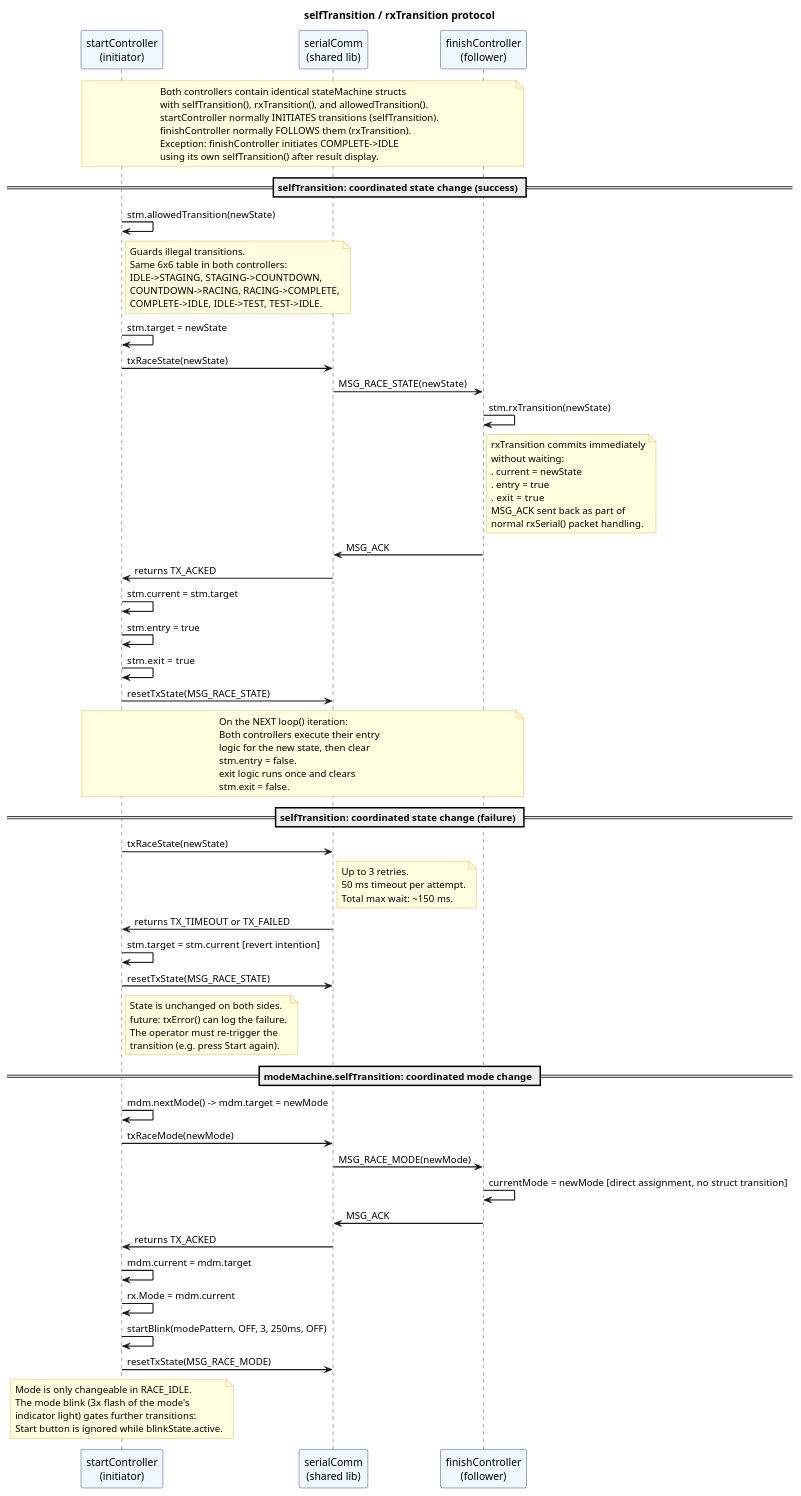
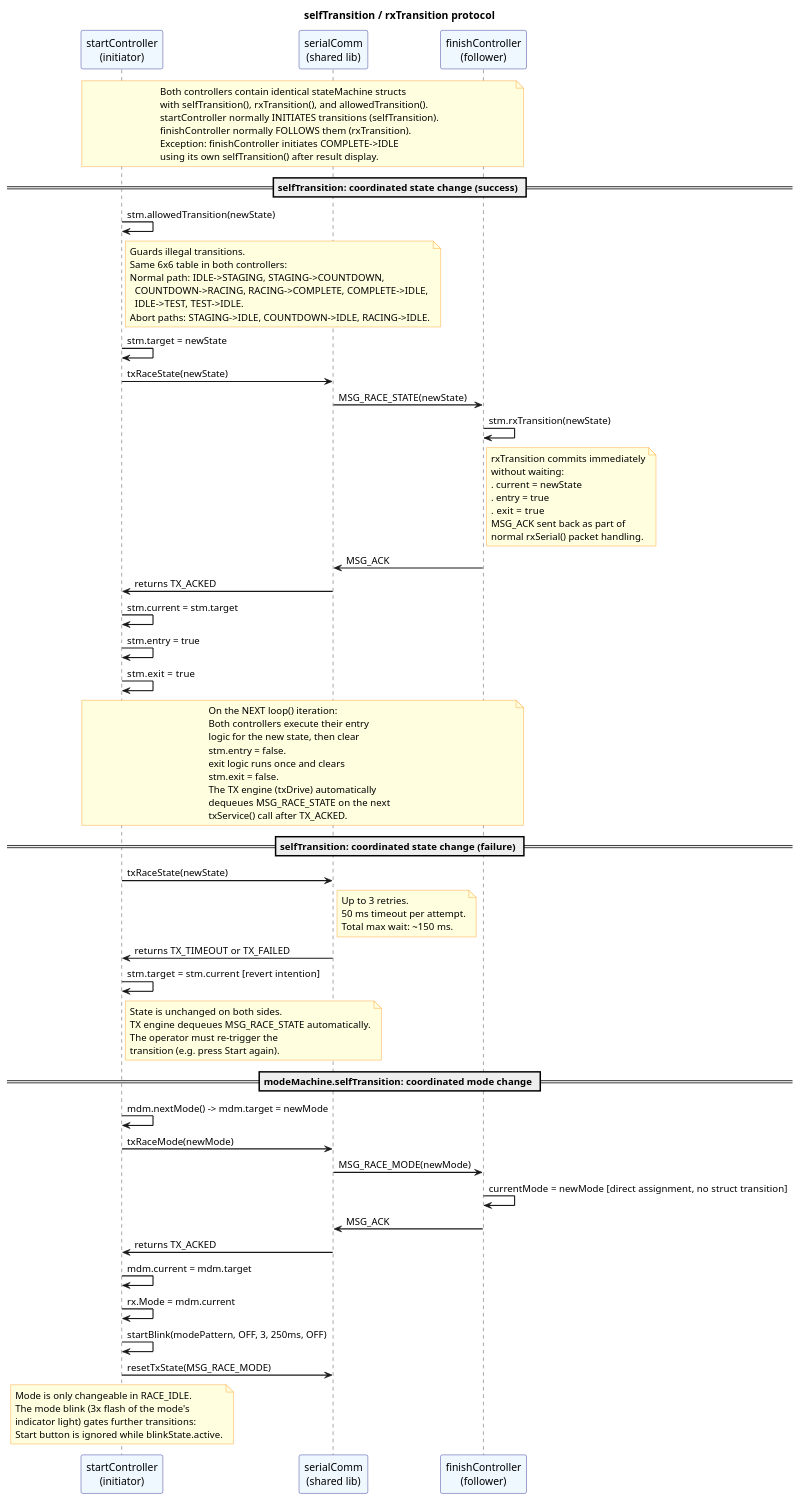
Before and after one commit to dgschaaf/DerbyTimer: the diagram in docs/PlantUML/seq_stateMachine.puml, drawn with PlantUML. The commit also changed 3 other files, not shown here.

Commit message:
update uml diagrams and documentation

```diff
--- a/docs/PlantUML/seq_stateMachine.puml
+++ b/docs/PlantUML/seq_stateMachine.puml
@@ -1,123 +1,125 @@
 @startuml seq_stateMachine
 skinparam sequenceArrowThickness 1.5
 skinparam sequenceParticipantBorderColor Navy
 skinparam sequenceParticipantBackgroundColor AliceBlue
 skinparam noteBackgroundColor LightYellow
 skinparam noteBorderColor DarkOrange
 skinparam sequenceGroupBorderThickness 1.5
 
 title Sequence: State Machine Coordination [DerbyTrack]
 title selfTransition / rxTransition protocol
 
 ' ============================================================
 ' PARTICIPANTS
 ' ============================================================
 participant "startController\n(initiator)" as SC
 participant "serialComm\n(shared lib)" as COM
 participant "finishController\n(follower)" as FC
 
 note over SC, FC
   Both controllers contain identical stateMachine structs
   with selfTransition(), rxTransition(), and allowedTransition().
   startController normally INITIATES transitions (selfTransition).
   finishController normally FOLLOWS them (rxTransition).
   Exception: finishController initiates COMPLETE->IDLE
   using its own selfTransition() after result display.
 end note
 
 ' ============================================================
 ' HAPPY PATH: selfTransition succeeds (TX_ACKED)
 ' ============================================================
 == selfTransition: coordinated state change (success) ==
 
 SC -> SC : stm.allowedTransition(newState)
 note right of SC
   Guards illegal transitions.
   Same 6x6 table in both controllers:
-  IDLE->STAGING, STAGING->COUNTDOWN,
-  COUNTDOWN->RACING, RACING->COMPLETE,
-  COMPLETE->IDLE, IDLE->TEST, TEST->IDLE.
+  Normal path: IDLE->STAGING, STAGING->COUNTDOWN,
+    COUNTDOWN->RACING, RACING->COMPLETE, COMPLETE->IDLE,
+    IDLE->TEST, TEST->IDLE.
+  Abort paths: STAGING->IDLE, COUNTDOWN->IDLE, RACING->IDLE.
 end note
 
 SC -> SC : stm.target = newState
 SC -> COM : txRaceState(newState)
 
 COM -> FC : MSG_RACE_STATE(newState)
 
 FC -> FC : stm.rxTransition(newState)
 note right of FC
   rxTransition commits immediately
   without waiting:
   . current = newState
   . entry = true
   . exit  = true
   MSG_ACK sent back as part of
   normal rxSerial() packet handling.
 end note
 
 FC -> COM : MSG_ACK
 
 COM -> SC : returns TX_ACKED
 
 SC -> SC : stm.current = stm.target
 SC -> SC : stm.entry = true
 SC -> SC : stm.exit  = true
-SC -> COM : resetTxState(MSG_RACE_STATE)
 
 note over SC, FC
   On the NEXT loop() iteration:
   Both controllers execute their entry
   logic for the new state, then clear
   stm.entry = false.
   exit logic runs once and clears
   stm.exit = false.
+  The TX engine (txDrive) automatically
+  dequeues MSG_RACE_STATE on the next
+  txService() call after TX_ACKED.
 end note
 
 ' ============================================================
 ' FAILURE PATH: selfTransition fails (TX_TIMEOUT / TX_FAILED)
 ' ============================================================
 == selfTransition: coordinated state change (failure) ==
 
 SC -> COM : txRaceState(newState)
 note right of COM
   Up to 3 retries.
   50 ms timeout per attempt.
   Total max wait: ~150 ms.
 end note
 
 COM -> SC : returns TX_TIMEOUT or TX_FAILED
 
 SC -> SC : stm.target = stm.current  [revert intention]
-SC -> COM : resetTxState(MSG_RACE_STATE)
 
 note right of SC
   State is unchanged on both sides.
-  future: txError() can log the failure.
+  TX engine dequeues MSG_RACE_STATE automatically.
   The operator must re-trigger the
   transition (e.g. press Start again).
 end note
 
 ' ============================================================
 ' MODE MACHINE: same pattern, different message
 ' ============================================================
 == modeMachine.selfTransition: coordinated mode change ==
 
 SC -> SC : mdm.nextMode() -> mdm.target = newMode
 SC -> COM : txRaceMode(newMode)
 COM -> FC : MSG_RACE_MODE(newMode)
 FC -> FC : currentMode = newMode  [direct assignment, no struct transition]
 FC -> COM : MSG_ACK
 COM -> SC : returns TX_ACKED
 SC -> SC : mdm.current = mdm.target
 SC -> SC : rx.Mode = mdm.current
 SC -> SC : startBlink(modePattern, OFF, 3, 250ms, OFF)
 SC -> COM : resetTxState(MSG_RACE_MODE)
 
 note over SC
   Mode is only changeable in RACE_IDLE.
   The mode blink (3x flash of the mode's
   indicator light) gates further transitions:
   Start button is ignored while blinkState.active.
 end note
 
 @enduml
```
